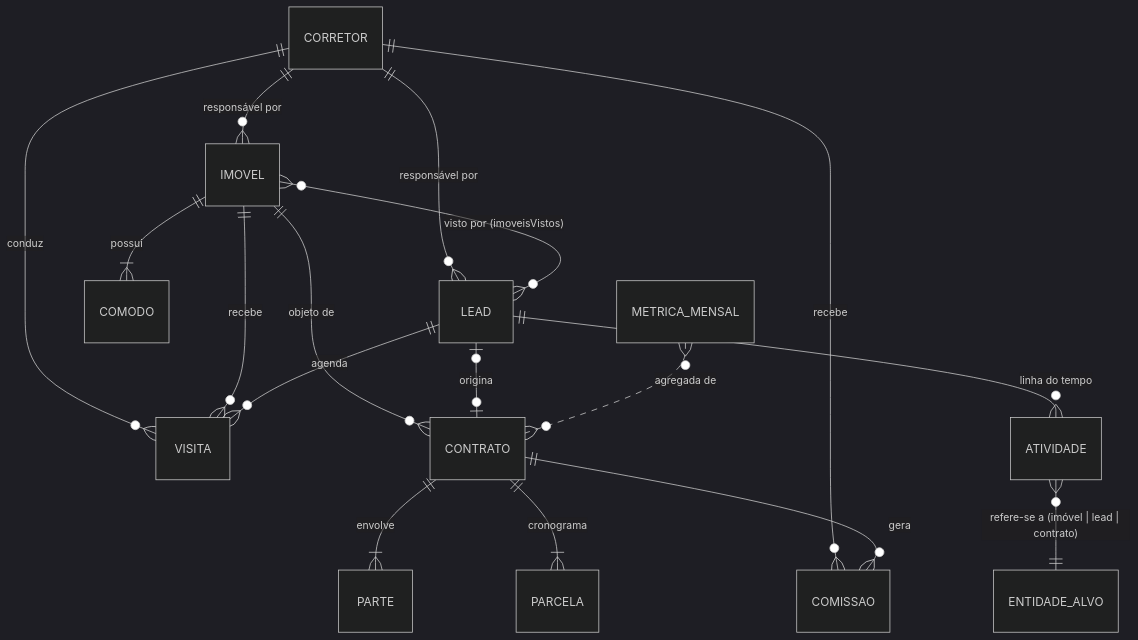
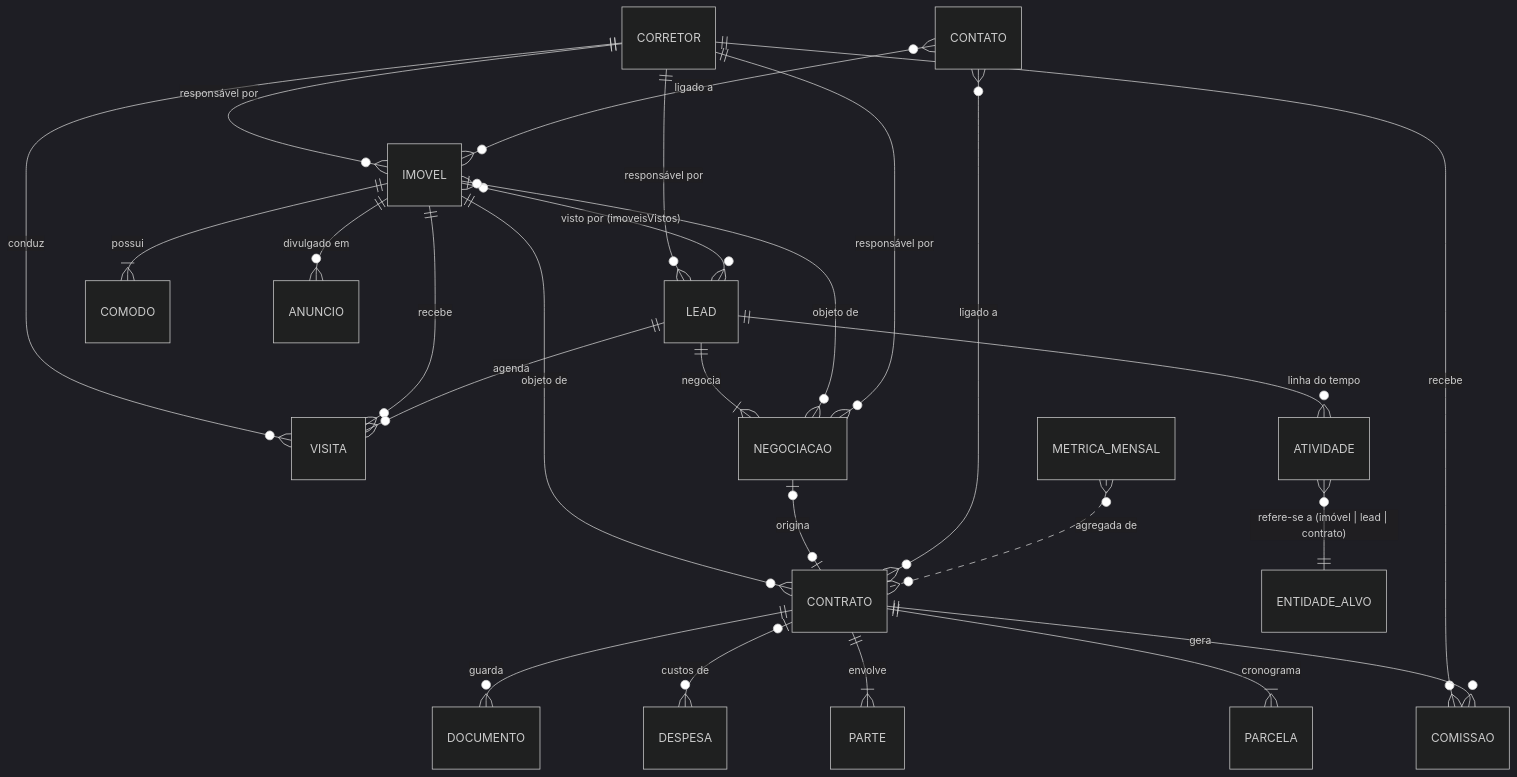
The diagram in docs/MODELO-DE-DADOS.md (LauroSeibert/Atrium), drawn with Mermaid (dark theme) before and after one commit. The commit also changed other lines of this file and 164 other files, not shown here.

````diff
--- a/docs/MODELO-DE-DADOS.md
+++ b/docs/MODELO-DE-DADOS.md
@@ -8,19 +8,27 @@
 ```mermaid
 erDiagram
   CORRETOR ||--o{ IMOVEL : "responsável por"
   CORRETOR ||--o{ LEAD : "responsável por"
   CORRETOR ||--o{ VISITA : conduz
   CORRETOR ||--o{ COMISSAO : recebe
   IMOVEL ||--|{ COMODO : possui
   IMOVEL ||--o{ VISITA : recebe
   IMOVEL ||--o{ CONTRATO : "objeto de"
   IMOVEL }o--o{ LEAD : "visto por (imoveisVistos)"
+  LEAD ||--|{ NEGOCIACAO : "negocia"
+  IMOVEL |o--o{ NEGOCIACAO : "objeto de"
+  CORRETOR ||--o{ NEGOCIACAO : "responsável por"
   LEAD ||--o{ VISITA : agenda
   LEAD ||--o{ ATIVIDADE : "linha do tempo"
-  LEAD |o--o| CONTRATO : "origina"
+  NEGOCIACAO |o--o| CONTRATO : "origina"
+  IMOVEL ||--o{ ANUNCIO : "divulgado em"
+  CONTRATO ||--o{ DOCUMENTO : guarda
+  CONTRATO |o--o{ DESPESA : "custos de"
+  CONTATO }o--o{ IMOVEL : "ligado a"
+  CONTATO }o--o{ CONTRATO : "ligado a"
   CONTRATO ||--|{ PARTE : envolve
   CONTRATO ||--|{ PARCELA : "cronograma"
   CONTRATO ||--o{ COMISSAO : gera
   ATIVIDADE }o--|| ENTIDADE_ALVO : "refere-se a (imóvel | lead | contrato)"
   METRICA_MENSAL }o..o{ CONTRATO : "agregada de"
 ```
````
